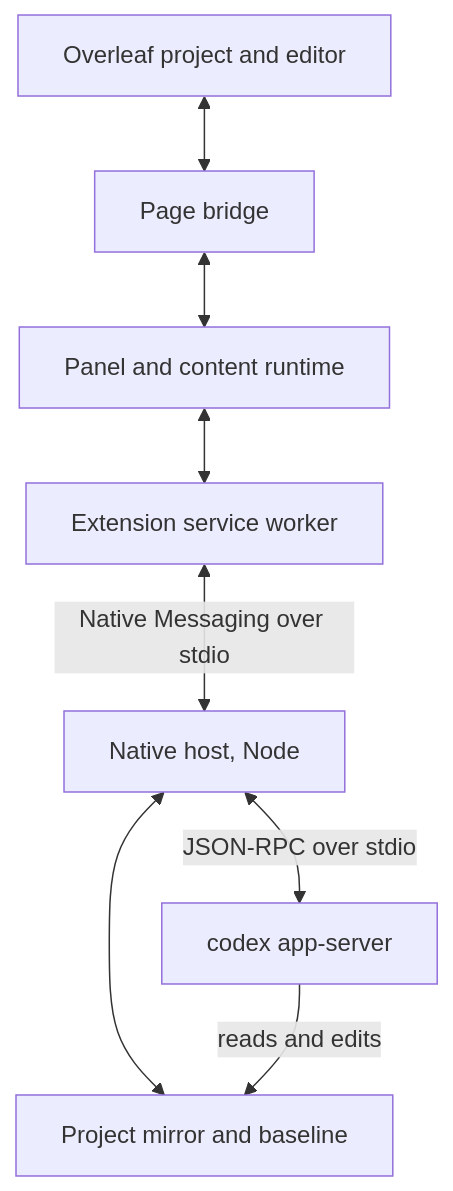
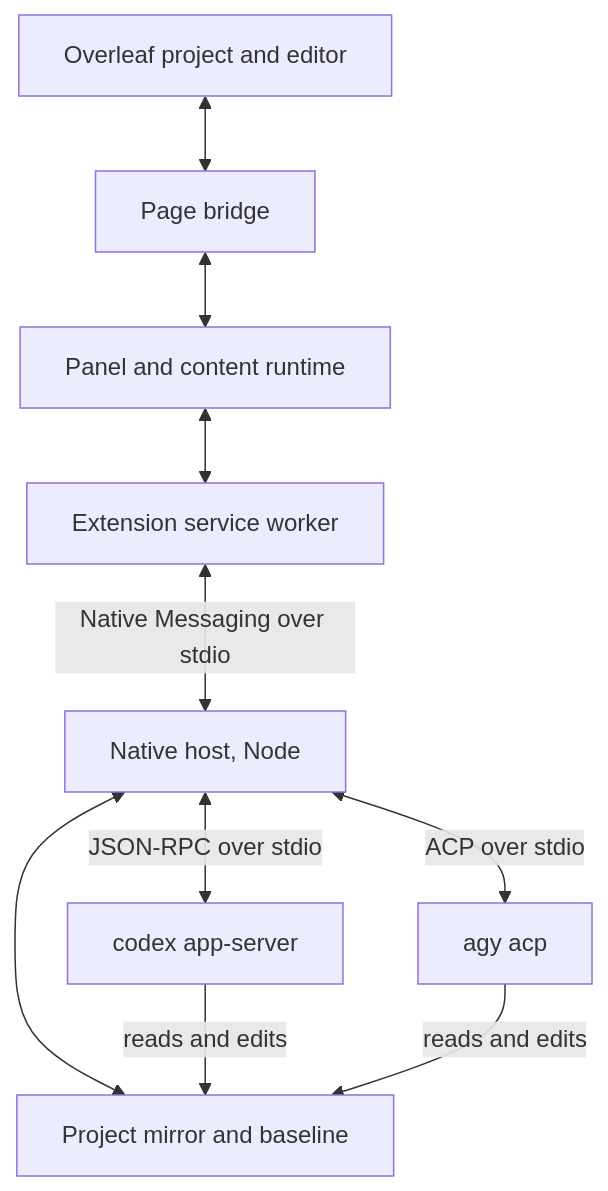
The diagram in README.md (Ghqqqq/codex-overleaf-link), drawn with Mermaid before and after one commit. The commit also changed other lines of this file and 60 other files, not shown here.

````diff
--- a/README.md
+++ b/README.md
@@ -152,10 +160,12 @@
 ```mermaid
 flowchart TD
     O[Overleaf project and editor] <--> P[Page bridge]
     P <--> C[Panel and content runtime]
     C <--> B[Extension service worker]
     B <-->|Native Messaging over stdio| N[Native host, Node]
     N <--> M[Project mirror and baseline]
     N <-->|JSON-RPC over stdio| A[codex app-server]
+    N <-->|ACP over stdio| G[agy acp]
     A -->|reads and edits| M
+    G -->|reads and edits| M
 ```
````
